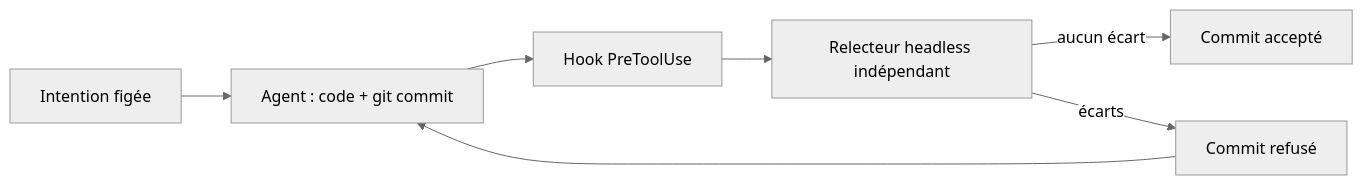
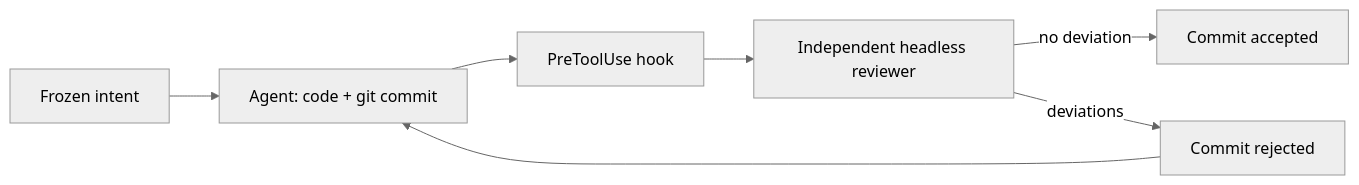
One commit to Atypical-Consulting/kaldor changed the diagram in README.md. Above: the diagram before and after it, drawn with Mermaid (neutral theme). The commit also changed other lines of this file and 5 other files, not shown here.

````diff
--- a/README.md
+++ b/README.md
@@ -16,9 +16,9 @@
 ```mermaid
 flowchart LR
-  A["Intention figée"] --> B["Agent : code + git commit"]
-  B --> C["Hook PreToolUse"]
-  C --> D["Relecteur headless indépendant"]
-  D -- "aucun écart" --> E["Commit accepté"]
-  D -- "écarts" --> F["Commit refusé"]
+  A["Frozen intent"] --> B["Agent: code + git commit"]
+  B --> C["PreToolUse hook"]
+  C --> D["Independent headless reviewer"]
+  D -- "no deviation" --> E["Commit accepted"]
+  D -- "deviations" --> F["Commit rejected"]
   F --> B
 ```
````
